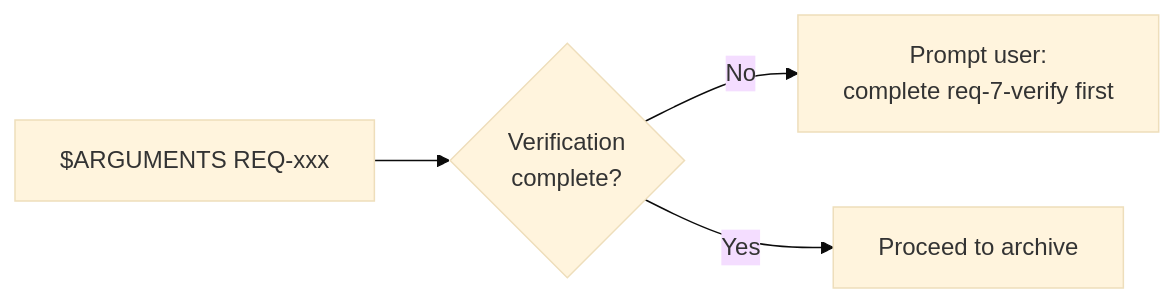
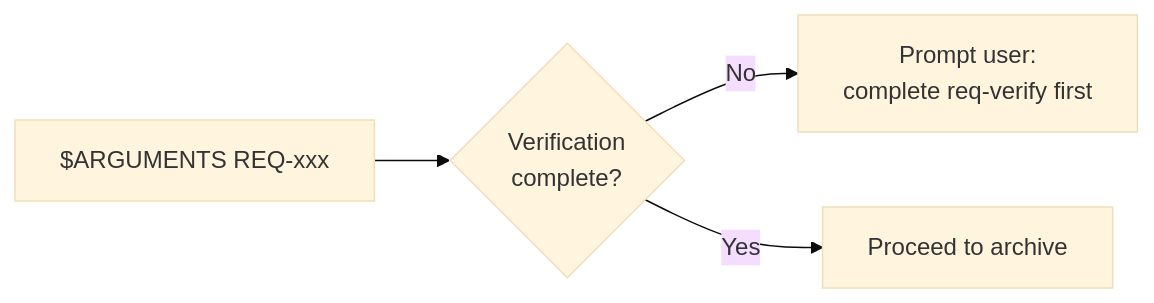
The second of 5 diagrams in req-done/SKILL.md (GOODDAYDAY/my-skills), drawn with Mermaid (base theme) before and after one commit. The commit also changed other lines of this file and 13 other files, not shown here.

````diff
--- a/req-done/SKILL.md
+++ b/req-done/SKILL.md
@@ -26,6 +26,6 @@
 ```mermaid
 flowchart LR
     A[$ARGUMENTS REQ-xxx] --> B{Verification\ncomplete?}
-    B -- No --> C[Prompt user:\ncomplete req-7-verify first]
+    B -- No --> C[Prompt user:\ncomplete req-verify first]
     B -- Yes --> D[Proceed to archive]
 ```
````
